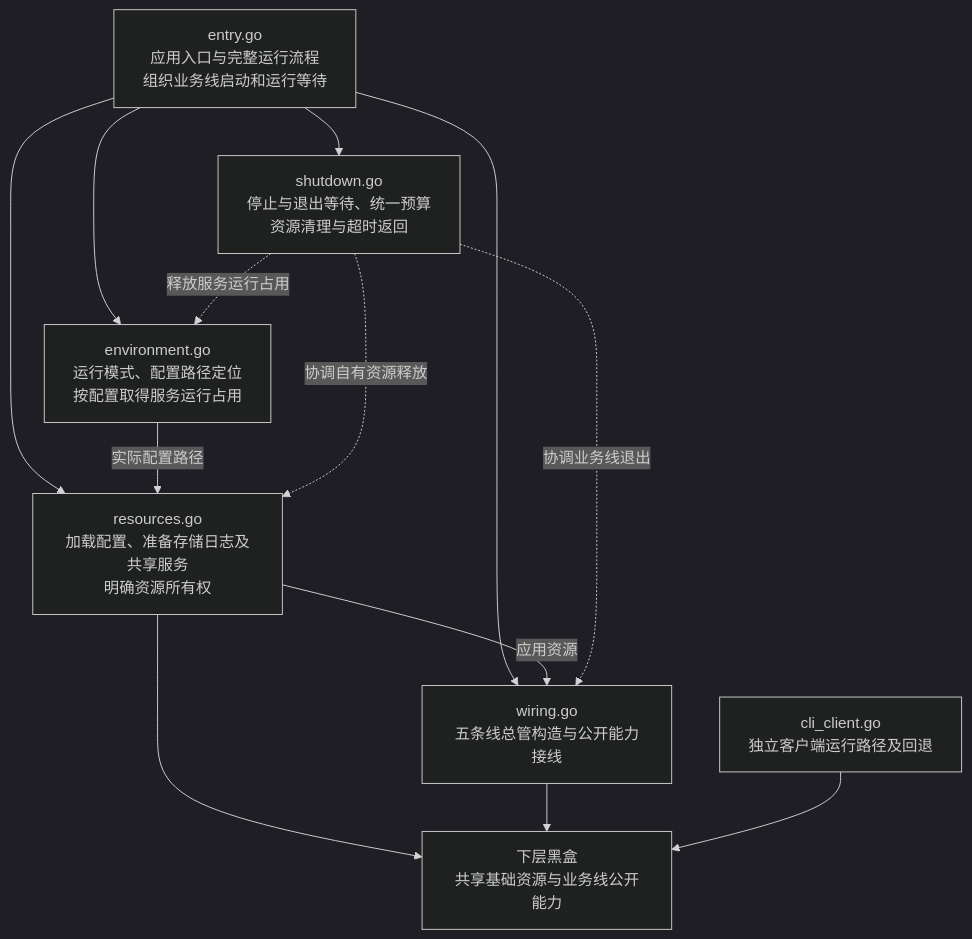
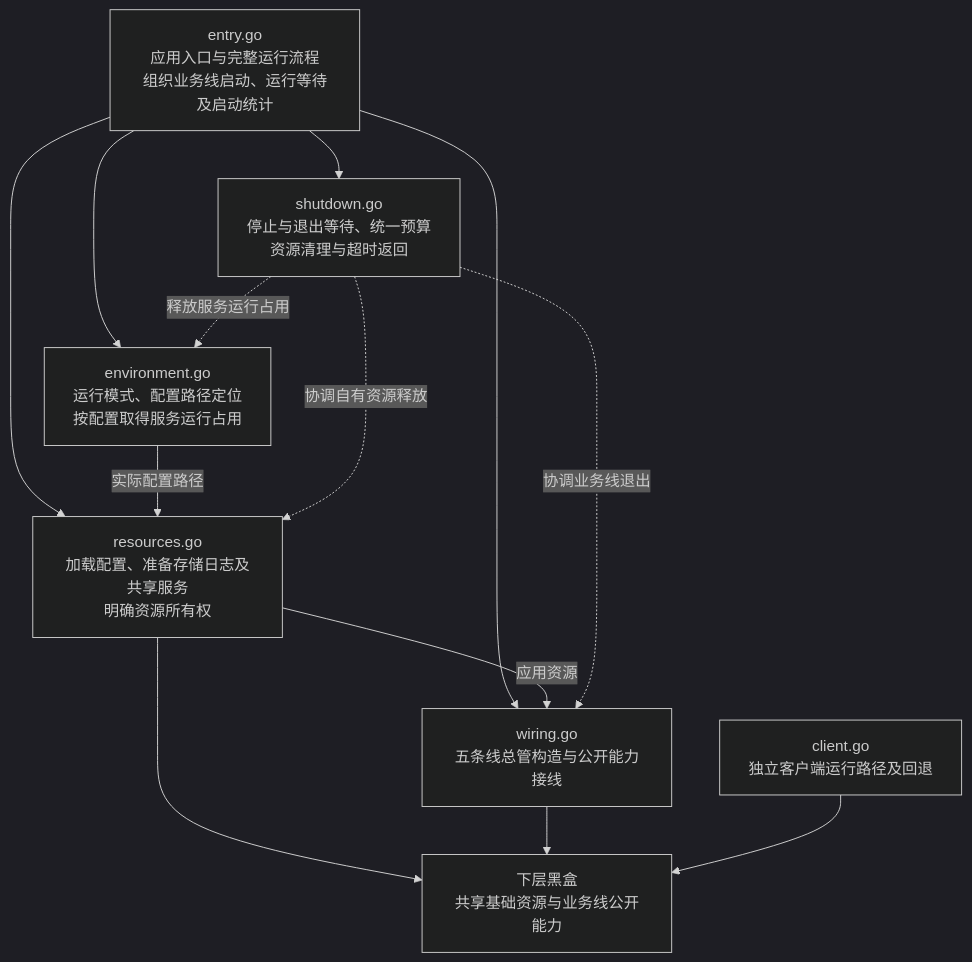
Before and after one commit to Elflare/elbot: the diagram in devdocs/app-design.md, drawn with Mermaid (dark theme). The commit also changed other lines of this file and 7 other files, not shown here.

````diff
--- a/devdocs/app-design.md
+++ b/devdocs/app-design.md
@@ -32,19 +32,19 @@
 ```mermaid
 flowchart TB
-    E["entry.go<br/>应用入口与完整运行流程<br/>组织业务线启动和运行等待"]
+    E["entry.go<br/>应用入口与完整运行流程<br/>组织业务线启动、运行等待及启动统计"]
     ENV["environment.go<br/>运行模式、配置路径定位<br/>按配置取得服务运行占用"]
     R["resources.go<br/>加载配置、准备存储日志及共享服务<br/>明确资源所有权"]
     W["wiring.go<br/>五条线总管构造与公开能力接线"]
     S["shutdown.go<br/>停止与退出等待、统一预算<br/>资源清理与超时返回"]
-    C["cli_client.go<br/>独立客户端运行路径及回退"]
+    C["client.go<br/>独立客户端运行路径及回退"]
     X["下层黑盒<br/>共享基础资源与业务线公开能力"]
     E --> ENV & R & W & S
     ENV -->|实际配置路径| R
     R -->|应用资源| W
     S -.->|释放服务运行占用| ENV
     S -.->|协调自有资源释放| R
     S -.->|协调业务线退出| W
     R --> X
     W --> X
     C --> X
 ```
````
